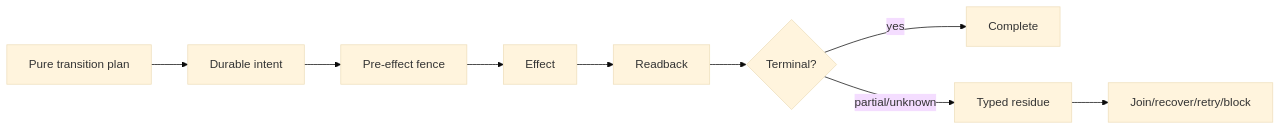
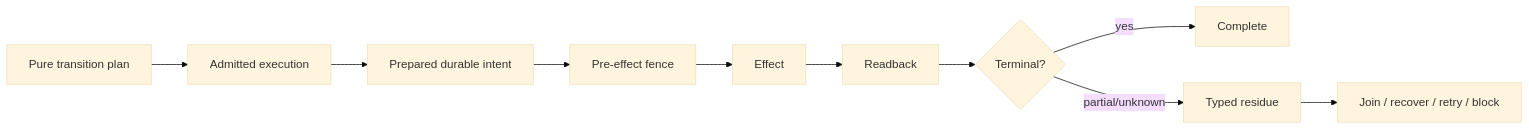
One commit to sec-platform/sec changed the third of 3 diagrams in docs/engineering-constitution/operation-runtime.md. Above: the diagram before and after it, drawn with Mermaid (base theme). The commit also changed other lines of this file, not shown here.

````diff
--- a/docs/engineering-constitution/operation-runtime.md
+++ b/docs/engineering-constitution/operation-runtime.md
@@ -173,11 +145,12 @@
 ```mermaid
 flowchart LR
-  P[Pure transition plan] --> J[Durable intent]
+  P[Pure transition plan] --> A[Admitted execution]
+  A --> J[Prepared durable intent]
   J --> F[Pre-effect fence]
   F --> E[Effect]
   E --> R[Readback]
   R --> T{Terminal?}
   T -->|yes| C[Complete]
   T -->|partial/unknown| X[Typed residue]
-  X --> Q[Join/recover/retry/block]
+  X --> Q[Join / recover / retry / block]
 ```
````
